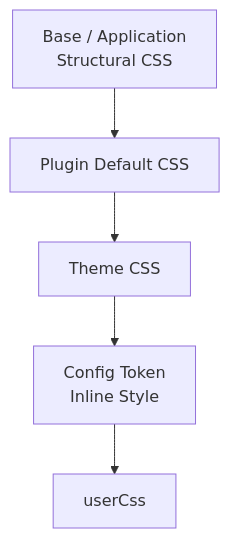
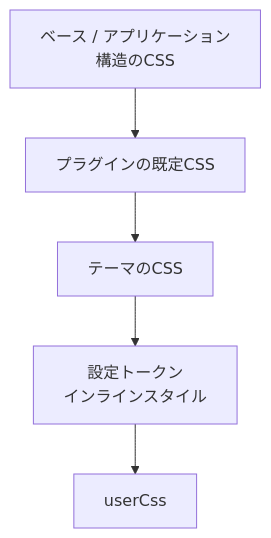
Before and after one commit to Rerurate514/riebeckite: the seventh of 10 diagrams in docs/docs/reference/theme-api.ja.md, drawn with Mermaid. The commit also changed other lines of this file and 310 other files, not shown here.

````diff
--- a/docs/docs/reference/theme-api.ja.md
+++ b/docs/docs/reference/theme-api.ja.md
@@ -836,13 +695,13 @@
 ```mermaid id="13bftb"
 flowchart TD
-    Base["Base / Application<br/>Structural CSS"]
-    Plugin["Plugin Default CSS"]
-    Theme["Theme CSS"]
-    Tokens["Config Token<br/>Inline Style"]
+    Base["ベース / アプリケーション<br/>構造のCSS"]
+    Plugin["プラグインの既定CSS"]
+    Theme["テーマのCSS"]
+    Tokens["設定トークン<br/>インラインスタイル"]
     User["userCss"]
 
     Base --> Plugin
     Plugin --> Theme
     Theme --> Tokens
     Tokens --> User
 ```
````
